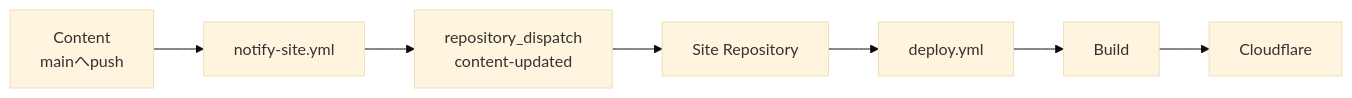
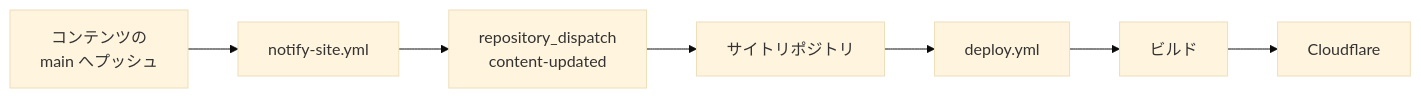
One commit to Rerurate514/riebeckite changed the fifth of 11 diagrams in docs/docs/guides/deployment/github-actions.ja.md. Above: the diagram before and after it, drawn with Mermaid (base theme). The commit also changed other lines of this file and 310 other files, not shown here.

````diff
--- a/docs/docs/guides/deployment/github-actions.ja.md
+++ b/docs/docs/guides/deployment/github-actions.ja.md
@@ -313,17 +289,17 @@
 ```mermaid id="k5hvll"
 flowchart LR
-    Push["Content<br/>mainへpush"]
+    Push["コンテンツの<br/>main へプッシュ"]
     Notify["notify-site.yml"]
     Dispatch["repository_dispatch<br/>content-updated"]
-    Site["Site Repository"]
+    Site["サイトリポジトリ"]
     Workflow["deploy.yml"]
-    Build["Build"]
+    Build["ビルド"]
     Deploy["Cloudflare"]
 
     Push --> Notify
     Notify --> Dispatch
     Dispatch --> Site
     Site --> Workflow
     Workflow --> Build
     Build --> Deploy
 ```
````
